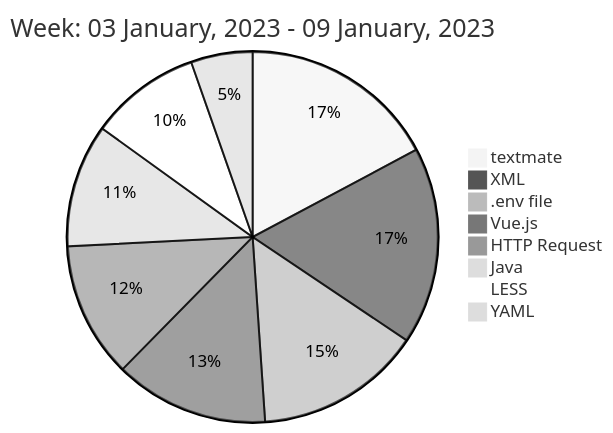
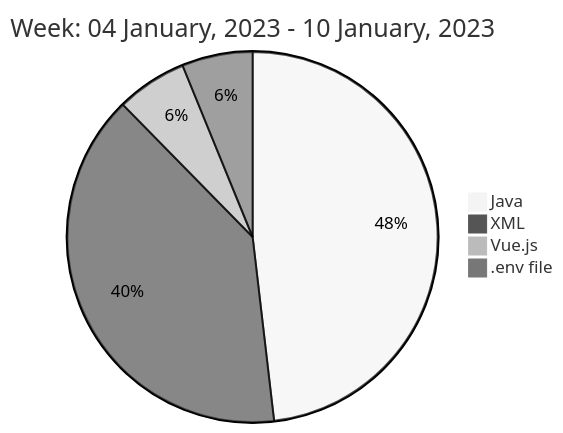
One commit to liubin95/liubin95 changed the diagram in README.md. Above: the diagram before and after it, drawn with Mermaid (neutral theme).

Commit message:
Updated the Graph with new Metrics

````diff
--- a/README.md
+++ b/README.md
@@ -40,12 +40,8 @@
 ```mermaid
  pie
-title Week: 03 January, 2023 - 09 January, 2023
- "textmate" : 0.32
- "XML" : 0.32
- ".env file" : 0.27
+title Week: 04 January, 2023 - 10 January, 2023
+ "Java" : 1.95
+ "XML" : 1.6
  "Vue.js" : 0.25
- "HTTP Request" : 0.22
- "Java" : 0.2
- "LESS" : 0.18
- "YAML" : 0.1
+ ".env file" : 0.25
 ```
````
